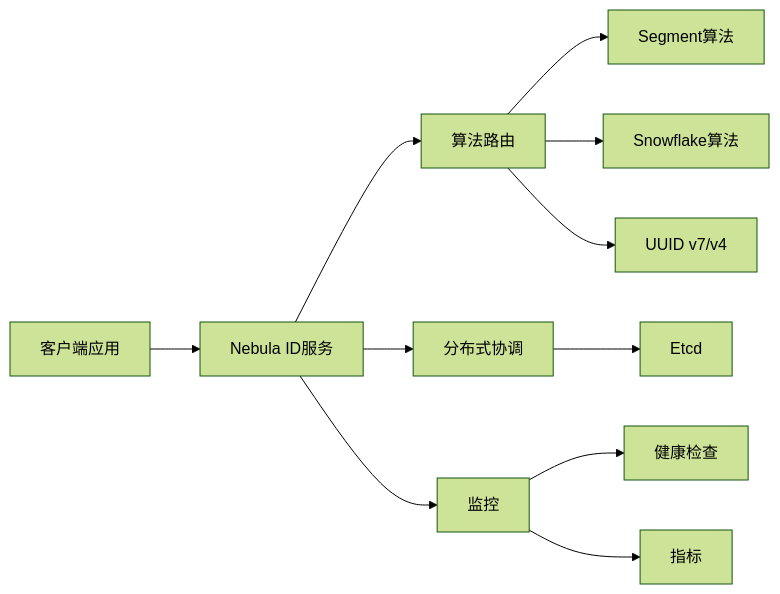
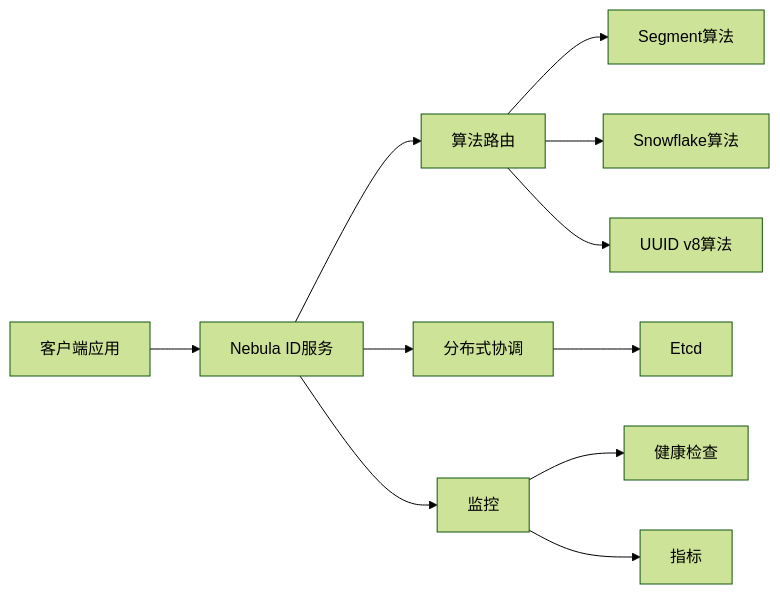
The first of 2 diagrams in README_zh.md (Kirky-X/NebulaId), drawn with Mermaid (forest theme) before and after one commit. The commit also changed other lines of this file and 6 other files, not shown here.

````diff
--- a/README_zh.md
+++ b/README_zh.md
@@ -108,14 +108,14 @@
 ```mermaid
 graph LR
     A[客户端应用] --> B[Nebula ID服务]
     B --> C[算法路由]
     C --> D[Segment算法]
     C --> E[Snowflake算法]
-    C --> F[UUID v7/v4]
+    C --> F[UUID v8算法]
     B --> G[分布式协调]
     G --> H[Etcd]
     B --> I[监控]
     I --> J[健康检查]
     I --> K[指标]
 
 ```
````
